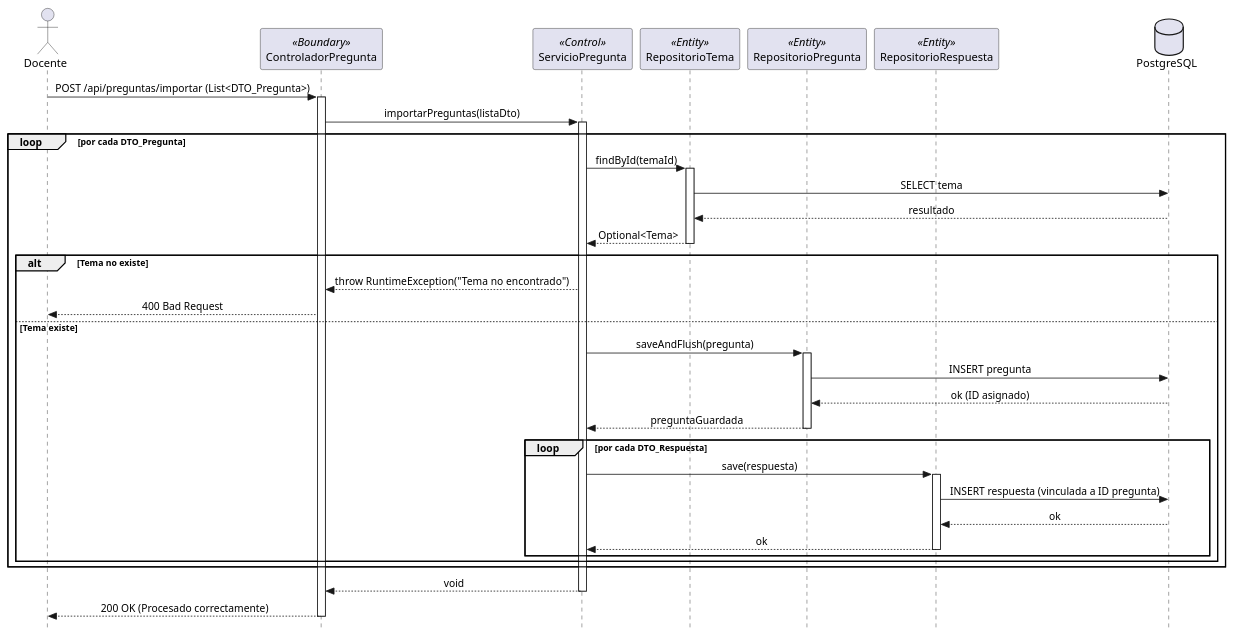
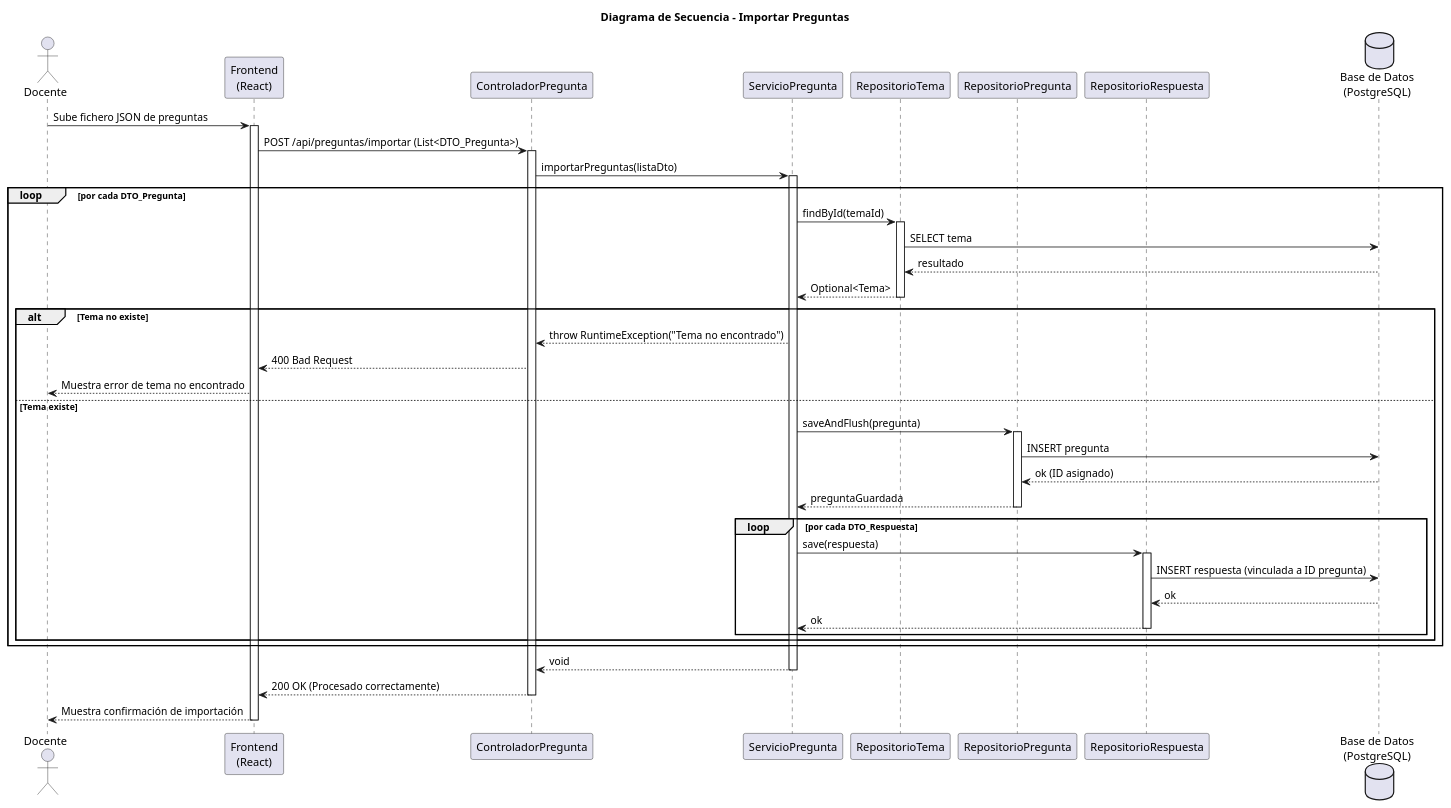
The diagram in RUP/02-diseno/casos-uso/CU-06-importarPreguntas/diseno-secuencia-CU-06-importarPreguntas.puml (liamanderson873/25-26-idsw2-sdVC), drawn with PlantUML before and after one commit. The commit also changed 133 other files, not shown here.

First line of the commit message:
RUP: completar diagramas de análisis y diseño para los 41 casos de uso

```diff
--- a/RUP/02-diseno/casos-uso/CU-06-importarPreguntas/diseno-secuencia-CU-06-importarPreguntas.puml
+++ b/RUP/02-diseno/casos-uso/CU-06-importarPreguntas/diseno-secuencia-CU-06-importarPreguntas.puml
@@ -1,55 +1,62 @@
 @startuml secuencia-cu06-importar-preguntas
-skinparam style strictuml
-skinparam sequenceMessageAlign center
+title Diagrama de Secuencia - Importar Preguntas
 
-actor Docente
-participant "ControladorPregunta" as Boundary <<Boundary>>
-participant "ServicioPregunta" as Control <<Control>>
-participant "RepositorioTema" as RepoTema <<Entity>>
-participant "RepositorioPregunta" as RepoPreg <<Entity>>
-participant "RepositorioRespuesta" as RepoResp <<Entity>>
-database "PostgreSQL" as DB
+actor "Docente" as Actor
+participant "Frontend\n(React)" as FE
+participant "ControladorPregunta" as Controller
+participant "ServicioPregunta" as Service
+participant "RepositorioTema" as RepoTema
+participant "RepositorioPregunta" as RepoPreg
+participant "RepositorioRespuesta" as RepoResp
+database "Base de Datos\n(PostgreSQL)" as DB
 
-Docente -> Boundary : POST /api/preguntas/importar (List<DTO_Pregunta>)
-activate Boundary
+Actor -> FE : Sube fichero JSON de preguntas
+activate FE
 
-Boundary -> Control : importarPreguntas(listaDto)
-activate Control
+FE -> Controller : POST /api/preguntas/importar (List<DTO_Pregunta>)
+activate Controller
+
+Controller -> Service : importarPreguntas(listaDto)
+activate Service
 
 loop por cada DTO_Pregunta
-    Control -> RepoTema : findById(temaId)
+    Service -> RepoTema : findById(temaId)
     activate RepoTema
     RepoTema -> DB : SELECT tema
     DB --> RepoTema : resultado
-    RepoTema --> Control : Optional<Tema>
+    RepoTema --> Service : Optional<Tema>
     deactivate RepoTema
 
     alt Tema no existe
-        Control --> Boundary : throw RuntimeException("Tema no encontrado")
-        Boundary --> Docente : 400 Bad Request
+        Service --> Controller : throw RuntimeException("Tema no encontrado")
+        Controller --> FE : 400 Bad Request
+        FE --> Actor : Muestra error de tema no encontrado
     else Tema existe
-        Control -> RepoPreg : saveAndFlush(pregunta)
+        Service -> RepoPreg : saveAndFlush(pregunta)
         activate RepoPreg
         RepoPreg -> DB : INSERT pregunta
         DB --> RepoPreg : ok (ID asignado)
-        RepoPreg --> Control : preguntaGuardada
+        RepoPreg --> Service : preguntaGuardada
         deactivate RepoPreg
 
         loop por cada DTO_Respuesta
-            Control -> RepoResp : save(respuesta)
+            Service -> RepoResp : save(respuesta)
             activate RepoResp
             RepoResp -> DB : INSERT respuesta (vinculada a ID pregunta)
             DB --> RepoResp : ok
-            RepoResp --> Control : ok
+            RepoResp --> Service : ok
             deactivate RepoResp
         end
     end
 end
 
-Control --> Boundary : void
-deactivate Control
+Service --> Controller : void
+deactivate Service
 
-Boundary --> Docente : 200 OK (Procesado correctamente)
-deactivate Boundary
+Controller --> FE : 200 OK (Procesado correctamente)
+deactivate Controller
+
+FE --> Actor : Muestra confirmación de importación
+deactivate FE
 
 @enduml
```
